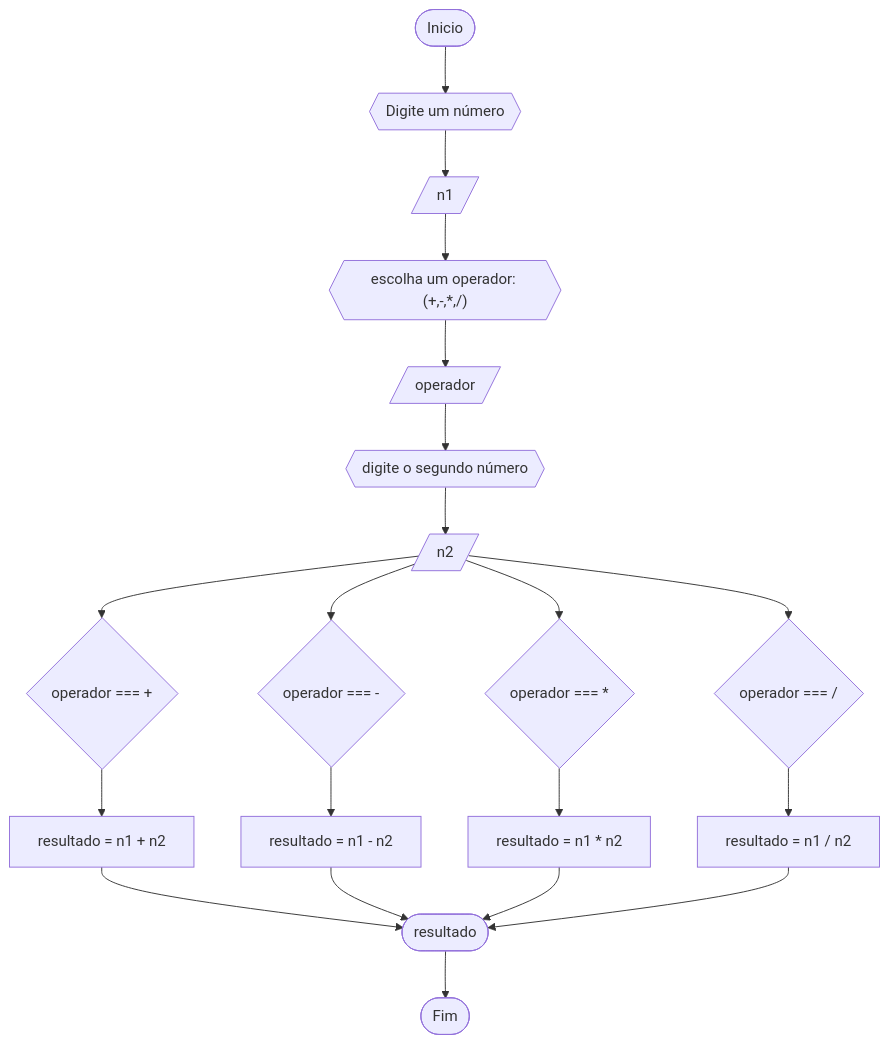
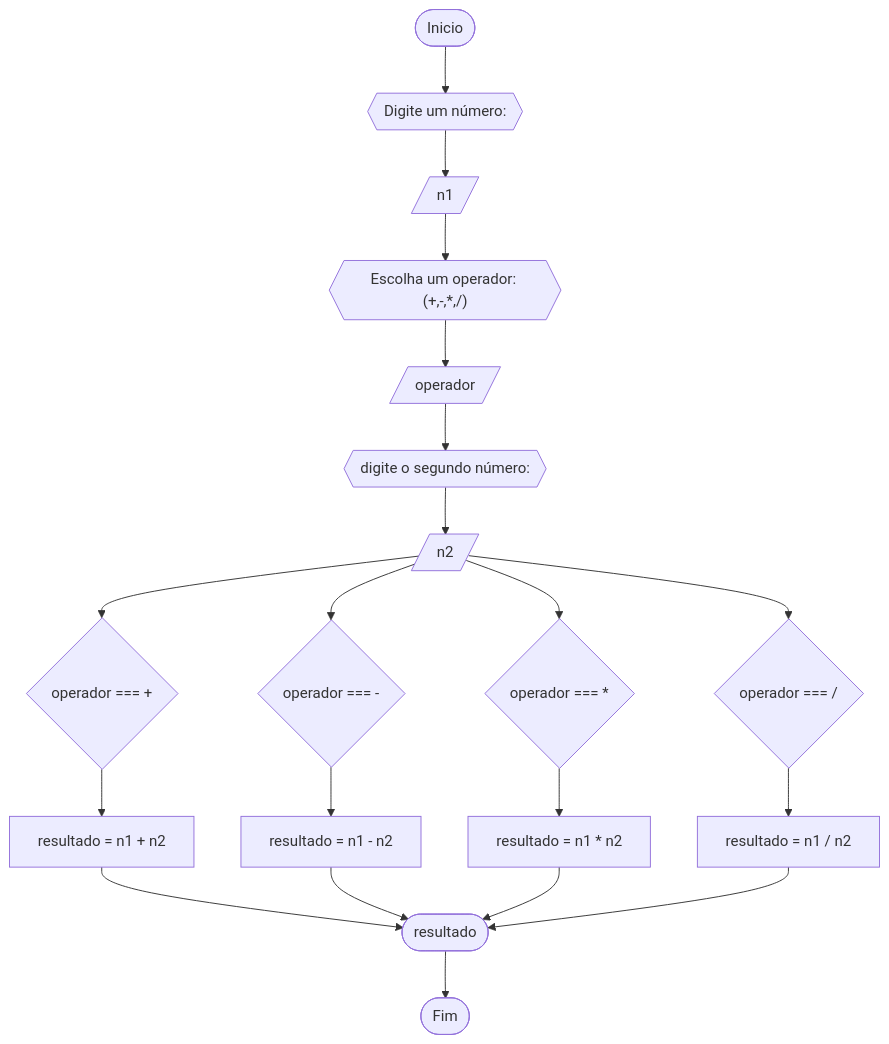
Before and after one commit to eryckmike/Unifor: the third of 3 diagrams in RLA/lista3_exercicio.md, drawn with Mermaid. The commit also changed other lines of this file, not shown here.

````diff
--- a/RLA/lista3_exercicio.md
+++ b/RLA/lista3_exercicio.md
@@ -54,24 +60,24 @@
 ```mermaid
 flowchart TD
-A([Inicio]) --> B{{Digite um número}}
+A([Inicio]) --> B{{Digite um número:}}
 B --> C[/n1/]
-C --> D{{"escolha um operador: (+,-,*,/) "}}
+C --> D{{"Escolha um operador: (+,-,*,/) "}}
 D --> E[/operador/]
-E --> F{{digite o segundo número}}
+E --> F{{digite o segundo número:}}
 F --> G[/n2/]
 G --> H{"operador === +"}
 G --> I{"operador === -"}
 G --> J{"operador === *"}
 G --> K{"operador === /"}
 
 H --> O[resultado = n1 + n2]
 I --> P[resultado = n1 - n2]
 J --> Q[resultado = n1 * n2]
 K --> R[resultado = n1 / n2]
 
 O --> Z([resultado])
 P --> Z([resultado])
 Q --> Z([resultado])
 R --> Z([resultado])
 Z --> ZZ([Fim])
 ```
````
